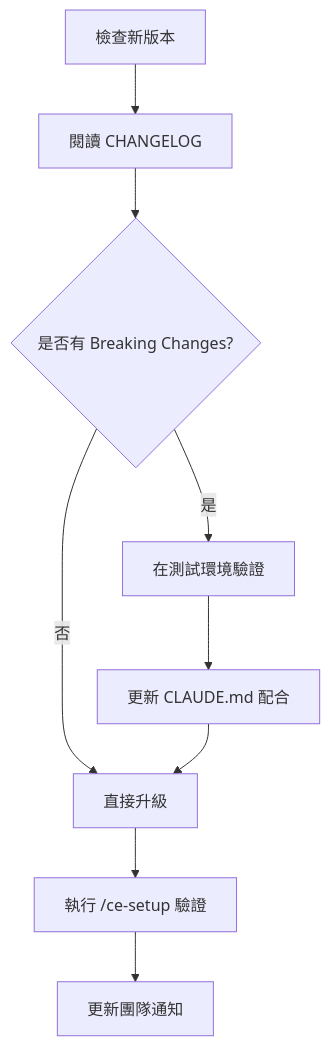
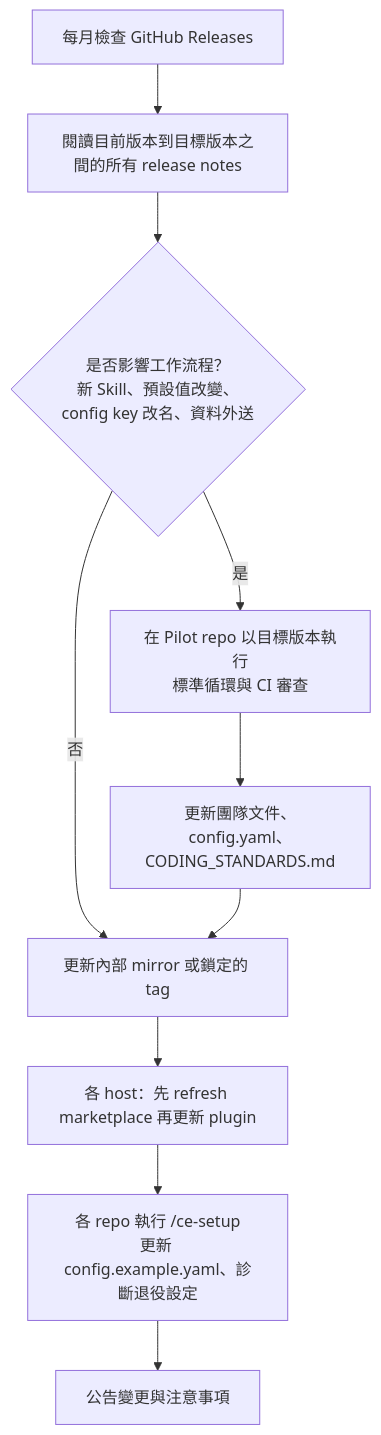
One commit to chihhung/Blog changed the ninth of 10 diagrams in content/posts/教學/AI開發/Compound Engineering 教學手冊.md. Above: the diagram before and after it, drawn with Mermaid. The commit also changed other lines of this file and 1 other file, not shown here.

````diff
--- a/content/posts/教學/AI開發/Compound Engineering 教學手冊.md
+++ b/content/posts/教學/AI開發/Compound Engineering 教學手冊.md
@@ -1655,11 +3232,12 @@
 ```mermaid
-graph TD
-    A[檢查新版本] --> B[閱讀 CHANGELOG]
-    B --> C{是否有 Breaking Changes?}
-    C -->|是| D[在測試環境驗證]
-    C -->|否| E[直接升級]
-    D --> F[更新 CLAUDE.md 配合]
+flowchart TD
+    A[每月檢查 GitHub Releases] --> B[閱讀目前版本到目標版本之間的所有 release notes]
+    B --> C{是否影響工作流程？<br/>新 Skill、預設值改變、<br/>config key 改名、資料外送}
+    C -->|是| D[在 Pilot repo 以目標版本執行<br/>標準循環與 CI 審查]
+    C -->|否| E[更新內部 mirror 或鎖定的 tag]
+    D --> F[更新團隊文件、config.yaml、CODING_STANDARDS.md]
     F --> E
-    E --> G[執行 /ce-setup 驗證]
-    G --> H[更新團隊通知]
+    E --> G[各 host：先 refresh marketplace 再更新 plugin]
+    G --> H[各 repo 執行 /ce-setup<br/>更新 config.example.yaml、診斷退役設定]
+    H --> I[公告變更與注意事項]
 ```
````
